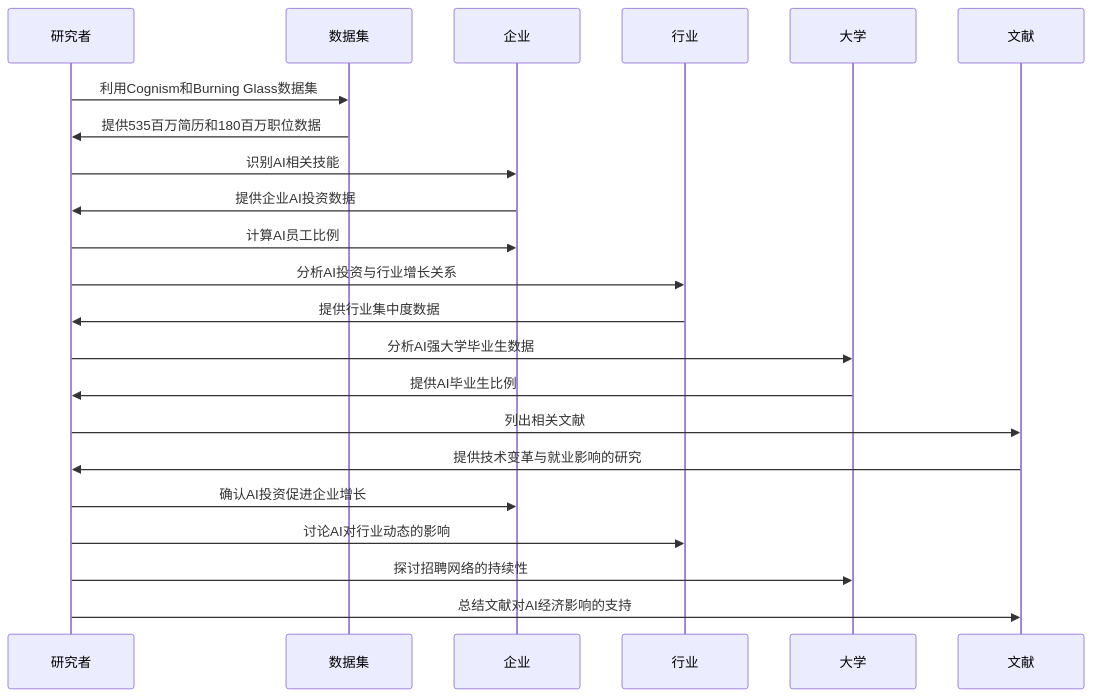
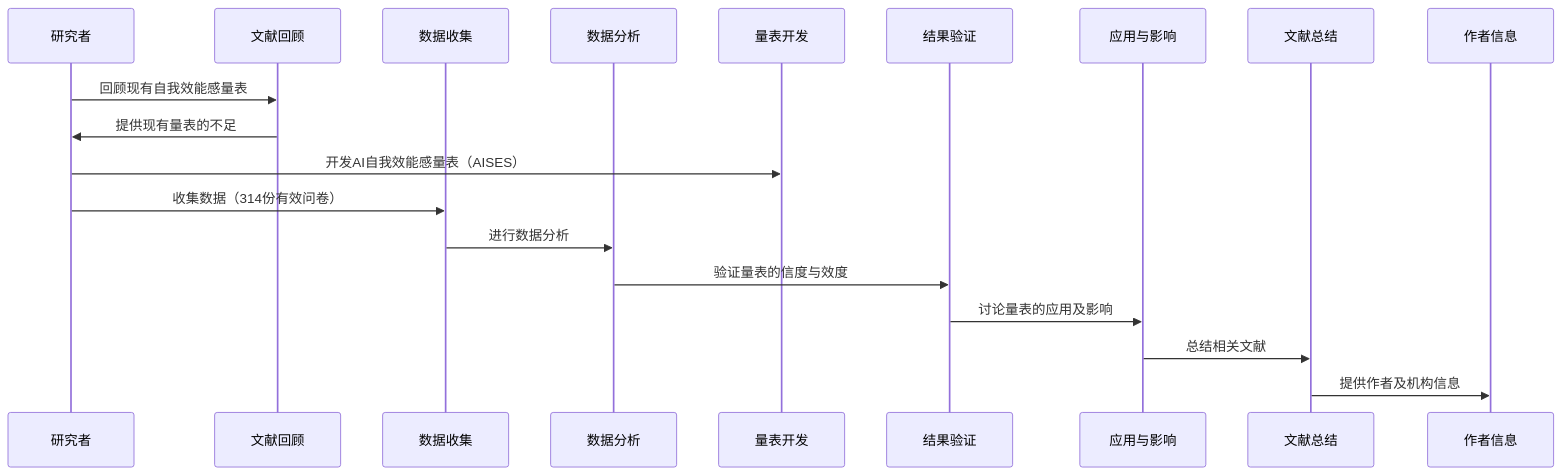
The third of 44 diagrams in AI技术类文章.md (Fabreque/charles), drawn with Mermaid before and after one commit. The commit also changed other lines of this file and 6 other files, not shown here.

````diff
--- a/AI技术类文章.md
+++ b/AI技术类文章.md
@@ -181,25 +231,22 @@
 ```mermaid
 sequenceDiagram
     participant A as 研究者
-    participant B as 数据集
-    participant C as 企业
-    participant D as 行业
-    participant E as 大学
-    participant F as 文献
+    participant B as 文献回顾
+    participant C as 数据收集
+    participant D as 数据分析
+    participant E as 量表开发
+    participant F as 结果验证
+    participant G as 应用与影响
+    participant H as 文献总结
+    participant I as 作者信息
 
-    A->>B: 利用Cognism和Burning Glass数据集
-    B->>A: 提供535百万简历和180百万职位数据
-    A->>C: 识别AI相关技能
-    C->>A: 提供企业AI投资数据
-    A->>C: 计算AI员工比例
-    A->>D: 分析AI投资与行业增长关系
-    D->>A: 提供行业集中度数据
-    A->>E: 分析AI强大学毕业生数据
-    E->>A: 提供AI毕业生比例
-    A->>F: 列出相关文献
-    F->>A: 提供技术变革与就业影响的研究
-    A->>C: 确认AI投资促进企业增长
-    A->>D: 讨论AI对行业动态的影响
-    A->>E: 探讨招聘网络的持续性
-    A->>F: 总结文献对AI经济影响的支持
+    A->>B: 回顾现有自我效能感量表
+    B->>A: 提供现有量表的不足
+    A->>E: 开发AI自我效能感量表（AISES）
+    A->>C: 收集数据（314份有效问卷）
+    C->>D: 进行数据分析
+    D->>F: 验证量表的信度与效度
+    F->>G: 讨论量表的应用及影响
+    G->>H: 总结相关文献
+    H->>I: 提供作者及机构信息
 ```
````
